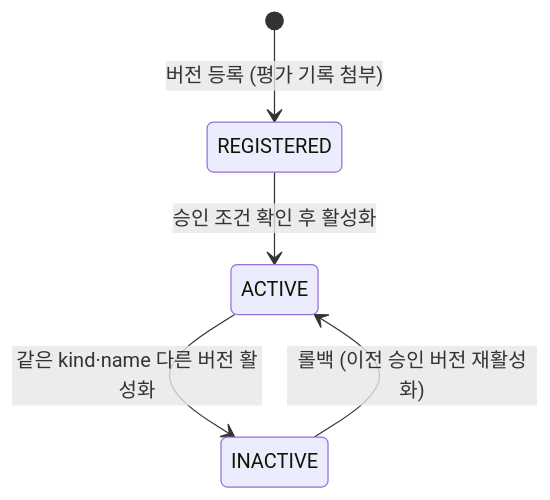
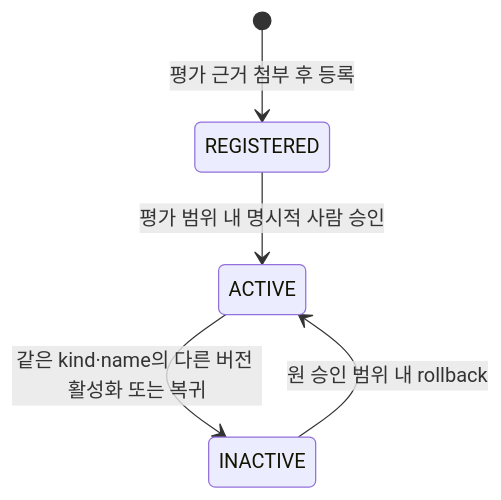
One commit to SKNETWORKS-FAMILY-AICAMP/SKN34-FINAL-3TEAM changed diagram 15 of 17 in docs/design/state-diagram.md. Above: the diagram before and after it, drawn with Mermaid. The commit also changed other lines of this file and 7 other files, not shown here.

````diff
--- a/docs/design/state-diagram.md
+++ b/docs/design/state-diagram.md
@@ -427,7 +427,7 @@
 ```mermaid
 stateDiagram-v2
-  [*] --> REGISTERED: 버전 등록 (평가 기록 첨부)
-  REGISTERED --> ACTIVE: 승인 조건 확인 후 활성화
-  ACTIVE --> INACTIVE: 같은 kind·name 다른 버전 활성화
-  INACTIVE --> ACTIVE: 롤백 (이전 승인 버전 재활성화)
+  [*] --> REGISTERED: 평가 근거 첨부 후 등록
+  REGISTERED --> ACTIVE: 평가 범위 내 명시적 사람 승인
+  ACTIVE --> INACTIVE: 같은 kind·name의 다른 버전 활성화 또는 복귀
+  INACTIVE --> ACTIVE: 원 승인 범위 내 rollback
 ```
````
